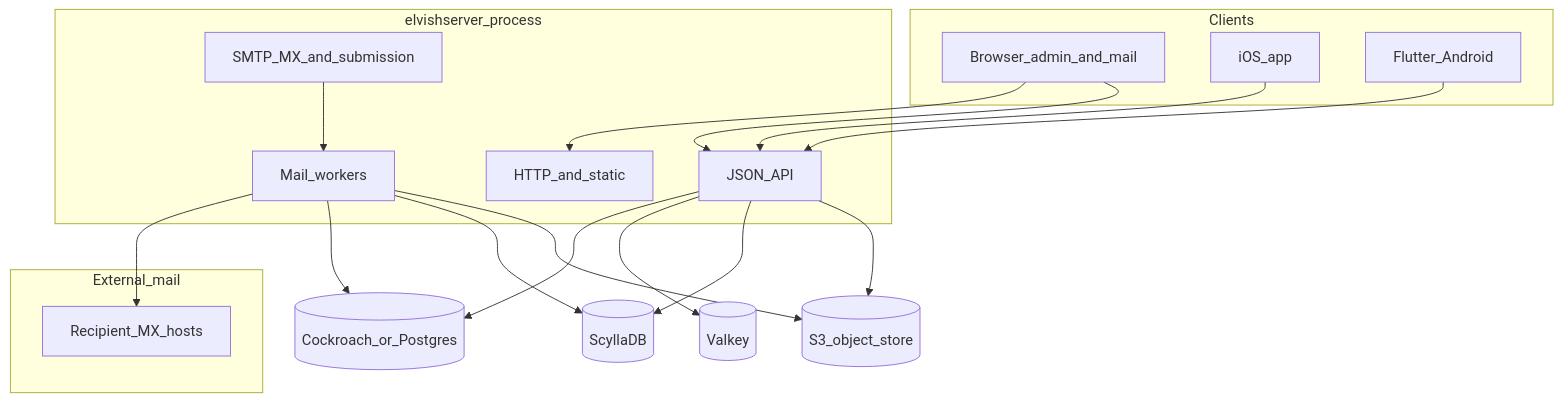
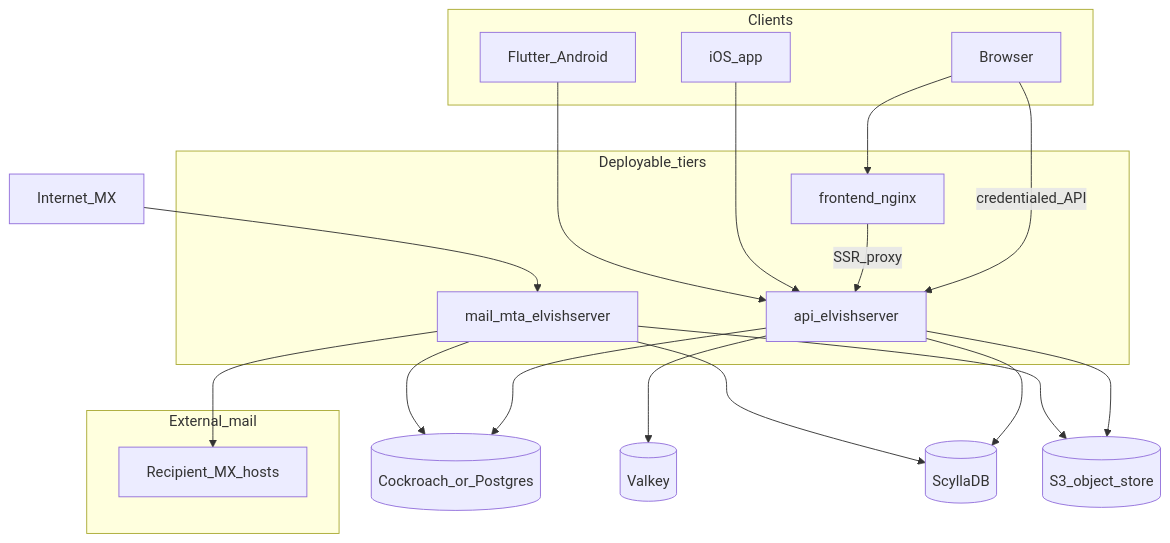
One commit to Thravok/elvish-email changed the diagram in docs/architecture.md. Above: the diagram before and after it, drawn with Mermaid. The commit also changed other lines of this file and 92 other files, not shown here.

First line of the commit message:
Embed operator panel in mail and retire standalone /admin.

````diff
--- a/docs/architecture.md
+++ b/docs/architecture.md
@@ -17,34 +17,34 @@
 ```mermaid
 flowchart TB
   subgraph clients [Clients]
-    Browser[Browser_admin_and_mail]
+    Browser[Browser]
     IOSapp[iOS_app]
     FlutterApp[Flutter_Android]
   end
-  subgraph process [elvishserver_process]
-    HTTP[HTTP_and_static]
-    API[JSON_API]
-    SMTPin[SMTP_MX_and_submission]
-    Worker[Mail_workers]
+  subgraph edge [Deployable_tiers]
+    FE[frontend_nginx]
+    API[api_elvishserver]
+    MTA[mail_mta_elvishserver]
   end
   SQL[(Cockroach_or_Postgres)]
   Valkey[(Valkey)]
   Scylla[(ScyllaDB)]
   Blobs[(S3_object_store)]
   subgraph external [External_mail]
     PeerMX[Recipient_MX_hosts]
   end
-  Browser --> HTTP
-  Browser --> API
+  Browser --> FE
+  Browser -->|credentialed_API| API
+  FE -->|SSR_proxy| API
   IOSapp --> API
   FlutterApp --> API
-  SMTPin --> Worker
-  Worker --> PeerMX
+  InternetMX[Internet_MX] --> MTA
+  MTA --> PeerMX
   API --> SQL
   API --> Valkey
-  Worker --> SQL
-  Worker --> Scylla
-  Worker --> Blobs
+  MTA --> SQL
   API --> Scylla
   API --> Blobs
+  MTA --> Scylla
+  MTA --> Blobs
 ```
````
